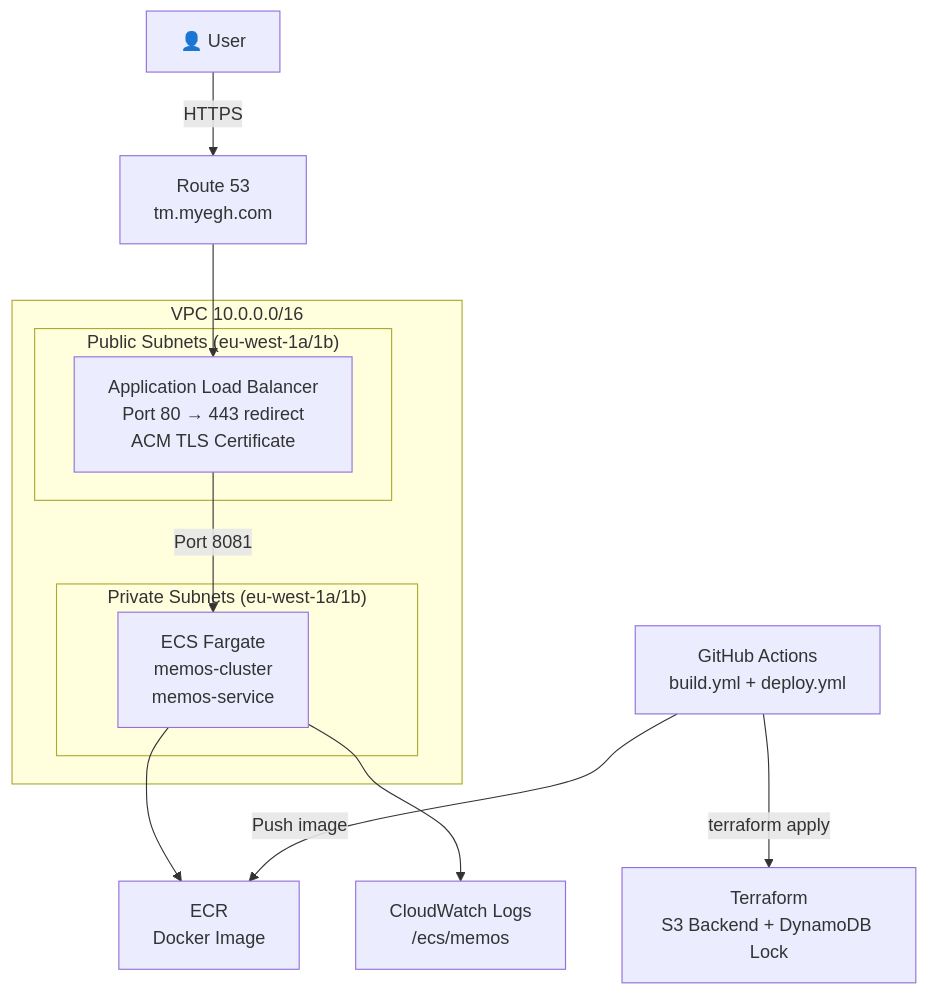
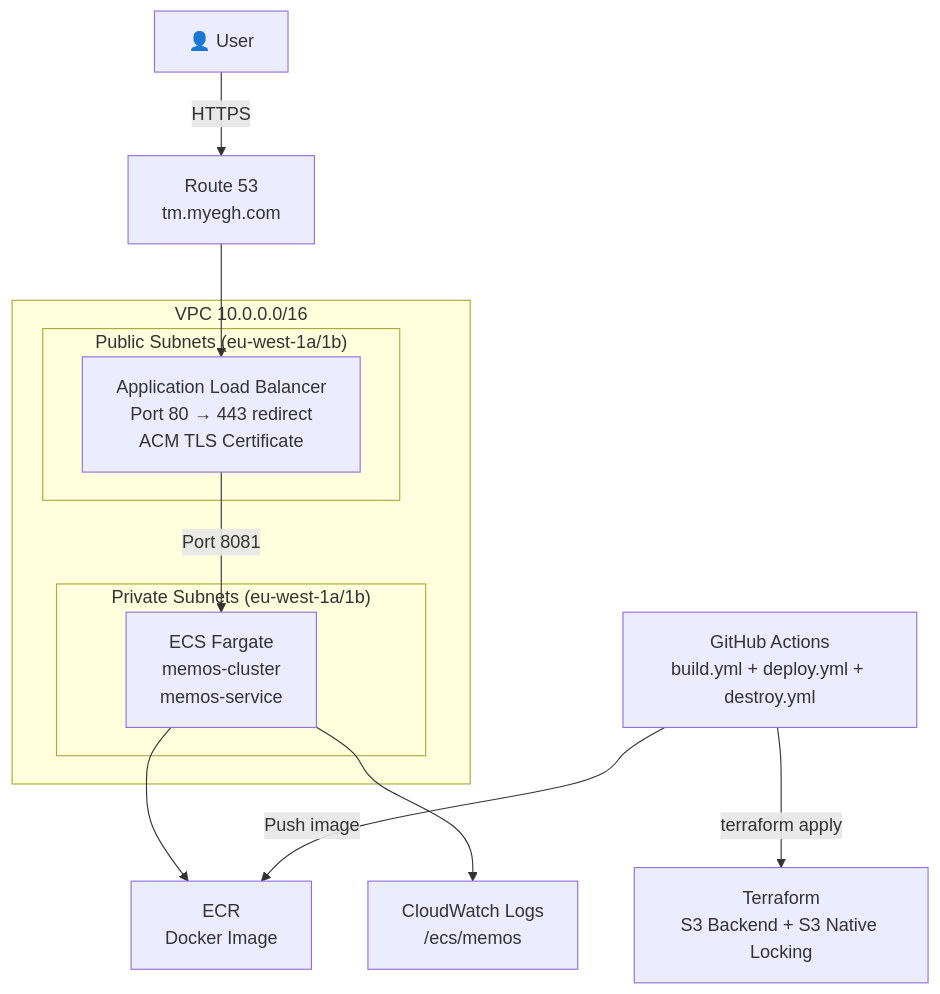
One commit to EnamulRahman/memos-aws-infra changed the diagram in README.md. Above: the diagram before and after it, drawn with Mermaid. The commit also changed other lines of this file and 1 other file, not shown here.

````diff
--- a/README.md
+++ b/README.md
@@ -10,20 +14,18 @@
 ```mermaid
 graph TD
     User["👤 User"] -->|HTTPS| Route53["Route 53\ntm.myegh.com"]
     Route53 --> ALB["Application Load Balancer\nPort 80 → 443 redirect\nACM TLS Certificate"]
     ALB -->|Port 8081| ECS["ECS Fargate\nmemos-cluster\nmemos-service"]
     ECS --> ECR["ECR\nDocker Image"]
     ECS --> CW["CloudWatch Logs\n/ecs/memos"]
-    
-    GHA["GitHub Actions\nbuild.yml + deploy.yml"] -->|Push image| ECR
-    GHA -->|terraform apply| Infra["Terraform\nS3 Backend + DynamoDB Lock"]
-    
+    GHA["GitHub Actions\nbuild.yml + deploy.yml + destroy.yml"] -->|Push image| ECR
+    GHA -->|terraform apply| Infra["Terraform\nS3 Backend + S3 Native Locking"]
     subgraph VPC ["VPC 10.0.0.0/16"]
         subgraph Public ["Public Subnets (eu-west-1a/1b)"]
             ALB
         end
         subgraph Private ["Private Subnets (eu-west-1a/1b)"]
             ECS
         end
     end
 ```
````
